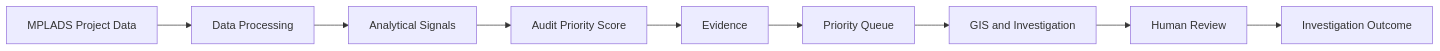
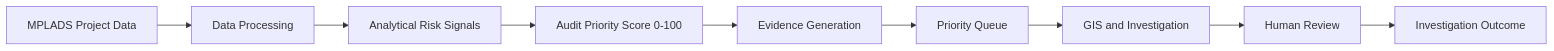
Before and after one commit to the-nidhi-bhat/mplads-sentinel: the first of 17 diagrams in README.md, drawn with Mermaid. The commit also changed other lines of this file, not shown here.

````diff
--- a/README.md
+++ b/README.md
@@ -59,11 +59,11 @@
 ```mermaid
 flowchart LR
     A["MPLADS Project Data"] --> B["Data Processing"]
-    B --> C["Analytical Signals"]
-    C --> D["Audit Priority Score"]
-    D --> E["Evidence"]
+    B --> C["Analytical Risk Signals"]
+    C --> D["Audit Priority Score 0-100"]
+    D --> E["Evidence Generation"]
     E --> F["Priority Queue"]
     F --> G["GIS and Investigation"]
     G --> H["Human Review"]
     H --> I["Investigation Outcome"]
 ```
````
